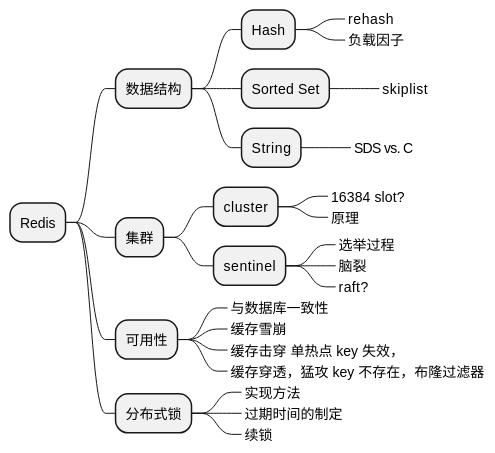
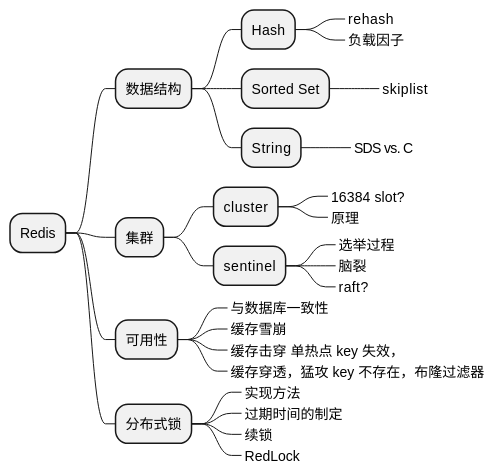
Before and after one commit to Gh0st99/Gh0st99.github.io: the fourth of 5 diagrams in _posts/2021-05-27-查漏补缺.md, drawn with PlantUML. The commit also changed other lines of this file and 1 other file, not shown here.

````diff
--- a/_posts/2021-05-27-查漏补缺.md
+++ b/_posts/2021-05-27-查漏补缺.md
@@ -109,36 +155,37 @@
 ```plantuml
 @startmindmap
 * Redis
 ** 数据结构
 *** Hash
 ****_ rehash
 ****_ 负载因子
 *** Sorted Set
 ****_ skiplist
 *** String
 ****_ SDS vs. C
 
 
 ** 集群
 *** cluster
 ****_ 16384 slot?
 ****_ 原理
 
 *** sentinel
 ****_ 选举过程
 ****_ 脑裂
 ****_ raft?
 
 ** 可用性
 ***_ 与数据库一致性
 ***_ 缓存雪崩
 ***_ 缓存击穿 单热点 key 失效，
 ***_ 缓存穿透，猛攻 key 不存在，布隆过滤器
 
 ** 分布式锁
 ***_ 实现方法
 ***_ 过期时间的制定
 ***_ 续锁
+***_ RedLock
 
 @endmindmap
 ```
````
